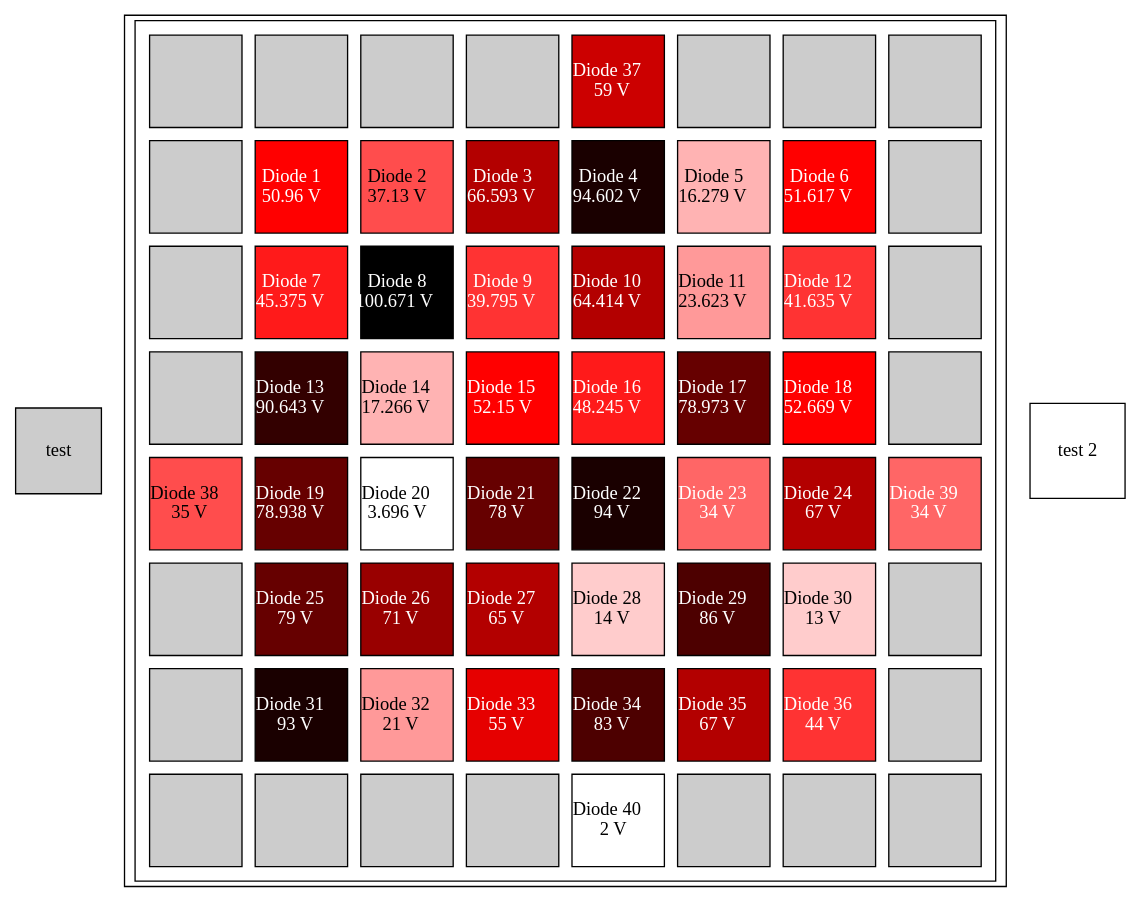
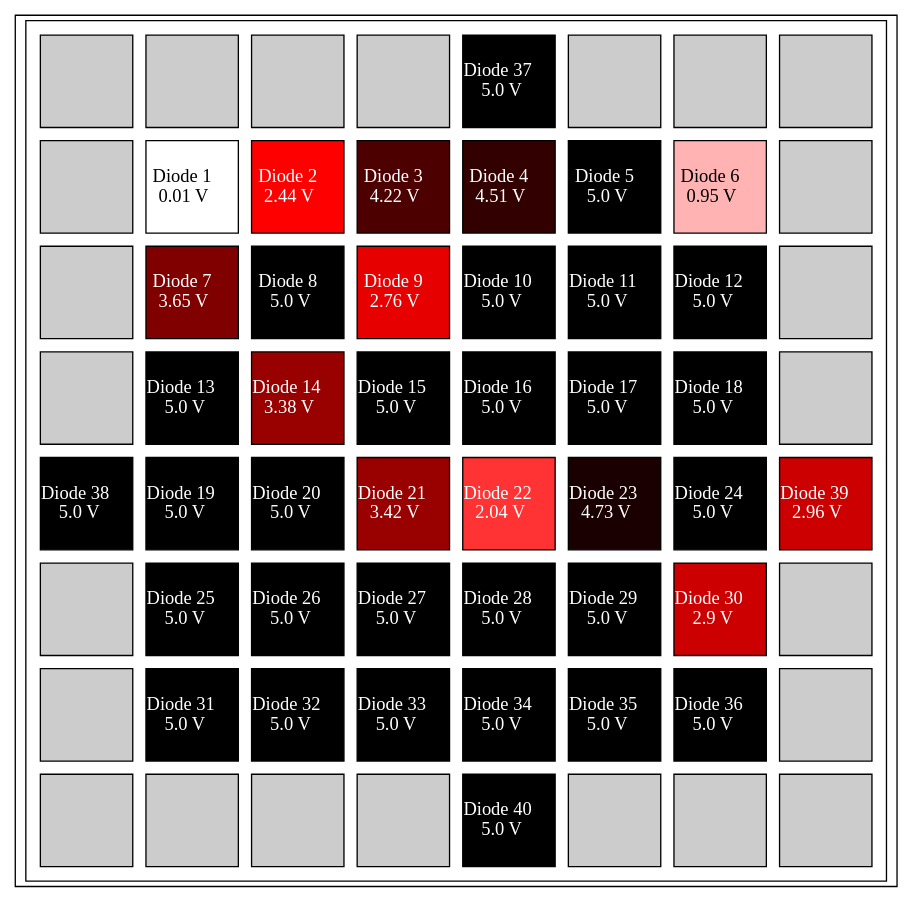
One commit to Karan-Takh/Diode-Dosimetry-Array changed the diagram in array_table.gv. Above: the diagram before and after it, drawn with Graphviz. The commit also changed 2 other files, not shown here.

```diff
--- a/array_table.gv
+++ b/array_table.gv
@@ -1,8 +1,6 @@
 graph array_table {
-	node [fillcolor="#cccccc" shape=square]
-	test [height=0.9 style=filled width=0.9]
 	node [shape=rectangle]
-	"Diode Array" [label=<<TABLE cellspacing="10" valign='top'>
+	"Diode Array" [label=<<TABLE cellspacing="10">
     <TR>
         <TD bgcolor="#cccccc" fixedsize="true" width="70" height="70"></TD>
 
@@ -12,8 +10,8 @@
 
         <TD bgcolor="#cccccc" fixedsize="true" width="70" height="70"></TD>
 
-        <TD bgcolor="#cc0000" fixedsize="true" width="70"
-        height="70"><FONT COLOR="white">Diode 37 <BR align="center" /> 59 V</FONT></TD>
+        <TD bgcolor="#000000" fixedsize="true" width="70"
+        height="70"><FONT COLOR="white">Diode 37 <BR align="center" /> 5.0 V</FONT></TD>
 
         <TD bgcolor="#cccccc" fixedsize="true" width="70" height="70"></TD>
 
@@ -26,23 +24,23 @@
     <TR>
         <TD bgcolor="#cccccc" fixedsize="true" width="70" height="70"></TD>
 
+        <TD bgcolor="#ffffff" fixedsize="true" width="70"
+        height="70"><FONT COLOR="black">Diode 1 <BR align="center" /> 0.01 V</FONT></TD>
+
         <TD bgcolor="#ff0000" fixedsize="true" width="70"
-        height="70"><FONT COLOR="white">Diode 1 <BR align="center" /> 50.96 V</FONT></TD>
+        height="70"><FONT COLOR="white">Diode 2 <BR align="center" /> 2.44 V</FONT></TD>
 
-        <TD bgcolor="#ff4d4d" fixedsize="true" width="70"
-        height="70"><FONT COLOR="black">Diode 2 <BR align="center" /> 37.13 V</FONT></TD>
+        <TD bgcolor="#4d0000" fixedsize="true" width="70"
+        height="70"><FONT COLOR="white">Diode 3 <BR align="center" /> 4.22 V</FONT></TD>
 
-        <TD bgcolor="#b30000" fixedsize="true" width="70"
-        height="70"><FONT COLOR="white">Diode 3 <BR align="center" /> 66.593 V</FONT></TD>
+        <TD bgcolor="#330000" fixedsize="true" width="70"
+        height="70"><FONT COLOR="white">Diode 4 <BR align="center" /> 4.51 V</FONT></TD>
 
-        <TD bgcolor="#1a0000" fixedsize="true" width="70"
-        height="70"><FONT COLOR="white">Diode 4 <BR align="center" /> 94.602 V</FONT></TD>
+        <TD bgcolor="#000000" fixedsize="true" width="70"
+        height="70"><FONT COLOR="white">Diode 5 <BR align="center" /> 5.0 V</FONT></TD>
 
         <TD bgcolor="#ffb3b3" fixedsize="true" width="70"
-        height="70"><FONT COLOR="black">Diode 5 <BR align="center" /> 16.279 V</FONT></TD>
-
-        <TD bgcolor="#ff0000" fixedsize="true" width="70"
-        height="70"><FONT COLOR="white">Diode 6 <BR align="center" /> 51.617 V</FONT></TD>
+        height="70"><FONT COLOR="black">Diode 6 <BR align="center" /> 0.95 V</FONT></TD>
 
         <TD bgcolor="#cccccc" fixedsize="true" width="70" height="70"></TD>
     </TR>
@@ -51,23 +49,23 @@
     <TR>
         <TD bgcolor="#cccccc" fixedsize="true" width="70" height="70"></TD>
 
-        <TD bgcolor="#ff1a1a" fixedsize="true" width="70"
-        height="70"><FONT COLOR="white">Diode 7 <BR align="center" /> 45.375 V</FONT></TD>
+        <TD bgcolor="#800000" fixedsize="true" width="70"
+        height="70"><FONT COLOR="white">Diode 7 <BR align="center" /> 3.65 V</FONT></TD>
 
         <TD bgcolor="#000000" fixedsize="true" width="70"
-        height="70"><FONT COLOR="white">Diode 8 <BR align="center" /> 100.671 V</FONT></TD>
+        height="70"><FONT COLOR="white">Diode 8 <BR align="center" /> 5.0 V</FONT></TD>
 
-        <TD bgcolor="#ff3333" fixedsize="true" width="70"
-        height="70"><FONT COLOR="white">Diode 9 <BR align="center" /> 39.795 V</FONT></TD>
+        <TD bgcolor="#e60000" fixedsize="true" width="70"
+        height="70"><FONT COLOR="white">Diode 9 <BR align="center" /> 2.76 V</FONT></TD>
 
-        <TD bgcolor="#b30000" fixedsize="true" width="70"
-        height="70"><FONT COLOR="white">Diode 10 <BR align="center" /> 64.414 V</FONT></TD>
+        <TD bgcolor="#000000" fixedsize="true" width="70"
+        height="70"><FONT COLOR="white">Diode 10 <BR align="center" /> 5.0 V</FONT></TD>
 
-        <TD bgcolor="#ff9999" fixedsize="true" width="70"
-        height="70"><FONT COLOR="black">Diode 11 <BR align="center" /> 23.623 V</FONT></TD>
+        <TD bgcolor="#000000" fixedsize="true" width="70"
+        height="70"><FONT COLOR="white">Diode 11 <BR align="center" /> 5.0 V</FONT></TD>
 
-        <TD bgcolor="#ff3333" fixedsize="true" width="70"
-        height="70"><FONT COLOR="white">Diode 12 <BR align="center" /> 41.635 V</FONT></TD>
+        <TD bgcolor="#000000" fixedsize="true" width="70"
+        height="70"><FONT COLOR="white">Diode 12 <BR align="center" /> 5.0 V</FONT></TD>
 
         <TD bgcolor="#cccccc" fixedsize="true" width="70" height="70"></TD>
     </TR>
@@ -76,75 +74,75 @@
     <TR>
         <TD bgcolor="#cccccc" fixedsize="true" width="70" height="70"></TD>
 
-        <TD bgcolor="#330000" fixedsize="true" width="70"
-        height="70"><FONT COLOR="white">Diode 13 <BR align="center" /> 90.643 V</FONT></TD>
+        <TD bgcolor="#000000" fixedsize="true" width="70"
+        height="70"><FONT COLOR="white">Diode 13 <BR align="center" /> 5.0 V</FONT></TD>
 
-        <TD bgcolor="#ffb3b3" fixedsize="true" width="70"
-        height="70"><FONT COLOR="black">Diode 14 <BR align="center" /> 17.266 V</FONT></TD>
+        <TD bgcolor="#990000" fixedsize="true" width="70"
+        height="70"><FONT COLOR="white">Diode 14 <BR align="center" /> 3.38 V</FONT></TD>
 
-        <TD bgcolor="#ff0000" fixedsize="true" width="70"
-        height="70"><FONT COLOR="white">Diode 15 <BR align="center" /> 52.15 V</FONT></TD>
+        <TD bgcolor="#000000" fixedsize="true" width="70"
+        height="70"><FONT COLOR="white">Diode 15 <BR align="center" /> 5.0 V</FONT></TD>
 
-        <TD bgcolor="#ff1a1a" fixedsize="true" width="70"
-        height="70"><FONT COLOR="white">Diode 16 <BR align="center" /> 48.245 V</FONT></TD>
+        <TD bgcolor="#000000" fixedsize="true" width="70"
+        height="70"><FONT COLOR="white">Diode 16 <BR align="center" /> 5.0 V</FONT></TD>
 
-        <TD bgcolor="#660000" fixedsize="true" width="70"
-        height="70"><FONT COLOR="white">Diode 17 <BR align="center" /> 78.973 V</FONT></TD>
+        <TD bgcolor="#000000" fixedsize="true" width="70"
+        height="70"><FONT COLOR="white">Diode 17 <BR align="center" /> 5.0 V</FONT></TD>
 
-        <TD bgcolor="#ff0000" fixedsize="true" width="70"
-        height="70"><FONT COLOR="white">Diode 18 <BR align="center" /> 52.669 V</FONT></TD>
+        <TD bgcolor="#000000" fixedsize="true" width="70"
+        height="70"><FONT COLOR="white">Diode 18 <BR align="center" /> 5.0 V</FONT></TD>
 
         <TD bgcolor="#cccccc" fixedsize="true" width="70" height="70"></TD>
     </TR>
 
 
     <TR>
-        <TD bgcolor="#ff4d4d" fixedsize="true" width="70"
-        height="70"><FONT COLOR="black">Diode 38 <BR align="center" /> 35 V</FONT></TD>
+        <TD bgcolor="#000000" fixedsize="true" width="70"
+        height="70"><FONT COLOR="white">Diode 38 <BR align="center" /> 5.0 V</FONT></TD>
 
-        <TD bgcolor="#660000" fixedsize="true" width="70"
-        height="70"><FONT COLOR="white">Diode 19 <BR align="center" /> 78.938 V</FONT></TD>
+        <TD bgcolor="#000000" fixedsize="true" width="70"
+        height="70"><FONT COLOR="white">Diode 19 <BR align="center" /> 5.0 V</FONT></TD>
 
-        <TD bgcolor="#ffffff" fixedsize="true" width="70"
-        height="70"><FONT COLOR="black">Diode 20 <BR align="center" /> 3.696 V</FONT></TD>
+        <TD bgcolor="#000000" fixedsize="true" width="70"
+        height="70"><FONT COLOR="white">Diode 20 <BR align="center" /> 5.0 V</FONT></TD>
 
-        <TD bgcolor="#660000" fixedsize="true" width="70"
-        height="70"><FONT COLOR="white">Diode 21 <BR align="center" /> 78 V</FONT></TD>
+        <TD bgcolor="#990000" fixedsize="true" width="70"
+        height="70"><FONT COLOR="white">Diode 21 <BR align="center" /> 3.42 V</FONT></TD>
+
+        <TD bgcolor="#ff3333" fixedsize="true" width="70"
+        height="70"><FONT COLOR="white">Diode 22 <BR align="center" /> 2.04 V</FONT></TD>
 
         <TD bgcolor="#1a0000" fixedsize="true" width="70"
-        height="70"><FONT COLOR="white">Diode 22 <BR align="center" /> 94 V</FONT></TD>
+        height="70"><FONT COLOR="white">Diode 23 <BR align="center" /> 4.73 V</FONT></TD>
 
-        <TD bgcolor="#ff6666" fixedsize="true" width="70"
-        height="70"><FONT COLOR="white">Diode 23 <BR align="center" /> 34 V</FONT></TD>
+        <TD bgcolor="#000000" fixedsize="true" width="70"
+        height="70"><FONT COLOR="white">Diode 24 <BR align="center" /> 5.0 V</FONT></TD>
 
-        <TD bgcolor="#b30000" fixedsize="true" width="70"
-        height="70"><FONT COLOR="white">Diode 24 <BR align="center" /> 67 V</FONT></TD>
-
-        <TD bgcolor="#ff6666" fixedsize="true" width="70"
-        height="70"><FONT COLOR="white">Diode 39 <BR align="center" /> 34 V</FONT></TD>
+        <TD bgcolor="#cc0000" fixedsize="true" width="70"
+        height="70"><FONT COLOR="white">Diode 39 <BR align="center" /> 2.96 V</FONT></TD>
     </TR>
 
 
     <TR>
         <TD bgcolor="#cccccc" fixedsize="true" width="70" height="70"></TD>
 
-        <TD bgcolor="#660000" fixedsize="true" width="70"
-        height="70"><FONT COLOR="white">Diode 25 <BR align="center" /> 79 V</FONT></TD>
+        <TD bgcolor="#000000" fixedsize="true" width="70"
+        height="70"><FONT COLOR="white">Diode 25 <BR align="center" /> 5.0 V</FONT></TD>
 
-        <TD bgcolor="#990000" fixedsize="true" width="70"
-        height="70"><FONT COLOR="white">Diode 26 <BR align="center" /> 71 V</FONT></TD>
+        <TD bgcolor="#000000" fixedsize="true" width="70"
+        height="70"><FONT COLOR="white">Diode 26 <BR align="center" /> 5.0 V</FONT></TD>
 
-        <TD bgcolor="#b30000" fixedsize="true" width="70"
-        height="70"><FONT COLOR="white">Diode 27 <BR align="center" /> 65 V</FONT></TD>
+        <TD bgcolor="#000000" fixedsize="true" width="70"
+        height="70"><FONT COLOR="white">Diode 27 <BR align="center" /> 5.0 V</FONT></TD>
 
-        <TD bgcolor="#ffcccc" fixedsize="true" width="70"
-        height="70"><FONT COLOR="black">Diode 28 <BR align="center" /> 14 V</FONT></TD>
+        <TD bgcolor="#000000" fixedsize="true" width="70"
+        height="70"><FONT COLOR="white">Diode 28 <BR align="center" /> 5.0 V</FONT></TD>
 
-        <TD bgcolor="#4d0000" fixedsize="true" width="70"
-        height="70"><FONT COLOR="white">Diode 29 <BR align="center" /> 86 V</FONT></TD>
+        <TD bgcolor="#000000" fixedsize="true" width="70"
+        height="70"><FONT COLOR="white">Diode 29 <BR align="center" /> 5.0 V</FONT></TD>
 
-        <TD bgcolor="#ffcccc" fixedsize="true" width="70"
-        height="70"><FONT COLOR="black">Diode 30 <BR align="center" /> 13 V</FONT></TD>
+        <TD bgcolor="#cc0000" fixedsize="true" width="70"
+        height="70"><FONT COLOR="white">Diode 30 <BR align="center" /> 2.9 V</FONT></TD>
 
         <TD bgcolor="#cccccc" fixedsize="true" width="70" height="70"></TD>
     </TR>
@@ -153,23 +151,23 @@
     <TR>
         <TD bgcolor="#cccccc" fixedsize="true" width="70" height="70"></TD>
 
-        <TD bgcolor="#1a0000" fixedsize="true" width="70"
-        height="70"><FONT COLOR="white">Diode 31 <BR align="center" /> 93 V</FONT></TD>
+        <TD bgcolor="#000000" fixedsize="true" width="70"
+        height="70"><FONT COLOR="white">Diode 31 <BR align="center" /> 5.0 V</FONT></TD>
 
-        <TD bgcolor="#ff9999" fixedsize="true" width="70"
-        height="70"><FONT COLOR="black">Diode 32 <BR align="center" /> 21 V</FONT></TD>
+        <TD bgcolor="#000000" fixedsize="true" width="70"
+        height="70"><FONT COLOR="white">Diode 32 <BR align="center" /> 5.0 V</FONT></TD>
 
-        <TD bgcolor="#e60000" fixedsize="true" width="70"
-        height="70"><FONT COLOR="white">Diode 33 <BR align="center" /> 55 V</FONT></TD>
+        <TD bgcolor="#000000" fixedsize="true" width="70"
+        height="70"><FONT COLOR="white">Diode 33 <BR align="center" /> 5.0 V</FONT></TD>
 
-        <TD bgcolor="#4d0000" fixedsize="true" width="70"
-        height="70"><FONT COLOR="white">Diode 34 <BR align="center" /> 83 V</FONT></TD>
+        <TD bgcolor="#000000" fixedsize="true" width="70"
+        height="70"><FONT COLOR="white">Diode 34 <BR align="center" /> 5.0 V</FONT></TD>
 
-        <TD bgcolor="#b30000" fixedsize="true" width="70"
-        height="70"><FONT COLOR="white">Diode 35 <BR align="center" /> 67 V</FONT></TD>
+        <TD bgcolor="#000000" fixedsize="true" width="70"
+        height="70"><FONT COLOR="white">Diode 35 <BR align="center" /> 5.0 V</FONT></TD>
 
-        <TD bgcolor="#ff3333" fixedsize="true" width="70"
-        height="70"><FONT COLOR="white">Diode 36 <BR align="center" /> 44 V</FONT></TD>
+        <TD bgcolor="#000000" fixedsize="true" width="70"
+        height="70"><FONT COLOR="white">Diode 36 <BR align="center" /> 5.0 V</FONT></TD>
 
         <TD bgcolor="#cccccc" fixedsize="true" width="70" height="70"></TD>
     </TR>
@@ -184,8 +182,8 @@
 
         <TD bgcolor="#cccccc" fixedsize="true" width="70" height="70"></TD>
 
-        <TD bgcolor="#ffffff" fixedsize="true" width="70"
-        height="70"><FONT COLOR="black">Diode 40 <BR align="center" /> 2 V</FONT></TD>
+        <TD bgcolor="#000000" fixedsize="true" width="70"
+        height="70"><FONT COLOR="white">Diode 40 <BR align="center" /> 5.0 V</FONT></TD>
 
         <TD bgcolor="#cccccc" fixedsize="true" width="70" height="70"></TD>
 
@@ -194,6 +192,4 @@
         <TD bgcolor="#cccccc" fixedsize="true" width="70" height="70"></TD>
     </TR>
 </TABLE>>]
-	node [shape=square]
-	"test 2" [height=1 valign=bottom width=1]
 }
```
